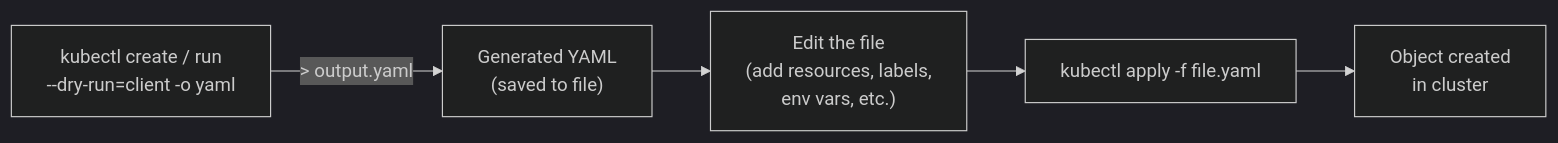
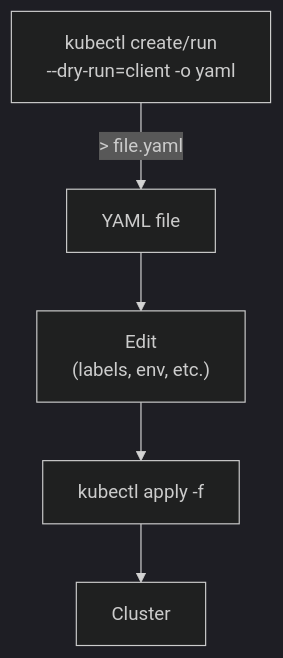
One commit to Antoine-Flo/kube-mastery changed the diagram in src/courses/modules/yaml-and-objects/03-generating-manifests-from-cli/en/content.md. Above: the diagram before and after it, drawn with Mermaid (dark theme). The commit also changed 26 other files, not shown here.

````diff
--- a/src/courses/modules/yaml-and-objects/03-generating-manifests-from-cli/en/content.md
+++ b/src/courses/modules/yaml-and-objects/03-generating-manifests-from-cli/en/content.md
@@ -127,13 +127,13 @@
 ```mermaid
-flowchart LR
-    CMD["kubectl create / run\n--dry-run=client -o yaml"]
-    YAML["Generated YAML\n(saved to file)"]
-    EDIT["Edit the file\n(add resources, labels,\nenv vars, etc.)"]
-    APPLY["kubectl apply -f file.yaml"]
-    CLUSTER["Object created\nin cluster"]
+flowchart TB
+    CMD["kubectl create/run\n--dry-run=client -o yaml"]
+    YAML["YAML file"]
+    EDIT["Edit\n(labels, env, etc.)"]
+    APPLY["kubectl apply -f"]
+    CLUSTER["Cluster"]
 
-    CMD -->|"> output.yaml"| YAML
+    CMD -->|"> file.yaml"| YAML
     YAML --> EDIT
     EDIT --> APPLY
     APPLY --> CLUSTER
 ```
````
